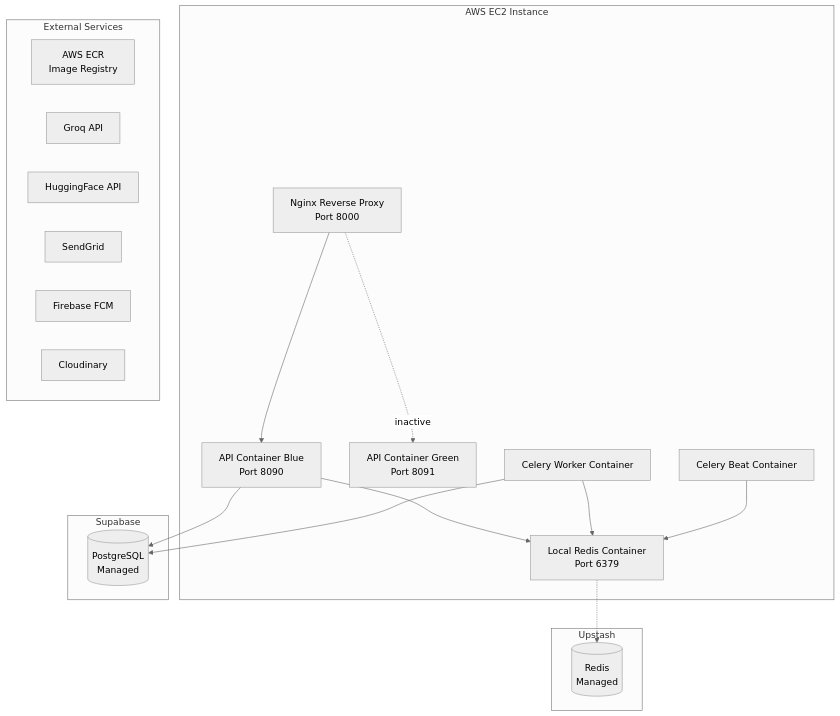
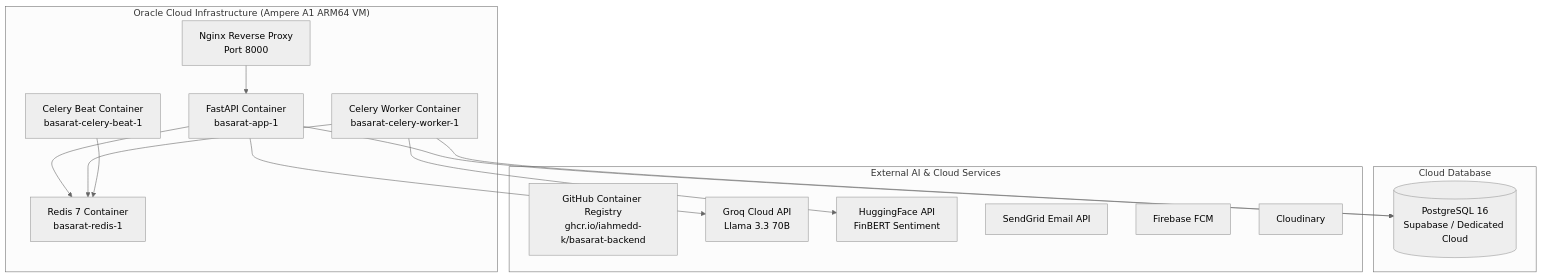
The diagram in docs/07-deployment/infrastructure.md (iahmedd-k/Basarat-fyp-official), drawn with Mermaid (neutral theme) before and after one commit. The commit also changed other lines of this file and 12 other files, not shown here.

Commit message:
docs: align deployment architecture, CI/CD, and infrastructure references to Oracle Cloud Infrastructure (OCI)

````diff
--- a/docs/07-deployment/infrastructure.md
+++ b/docs/07-deployment/infrastructure.md
@@ -5,37 +5,32 @@
 ```mermaid
 flowchart TD
-    subgraph "AWS EC2 Instance"
+    subgraph OCI ["Oracle Cloud Infrastructure (Ampere A1 ARM64 VM)"]
         NGINX[Nginx Reverse Proxy<br/>Port 8000]
-        API_BLUE[API Container Blue<br/>Port 8090]
-        API_GREEN[API Container Green<br/>Port 8091]
-        WORKER[Celery Worker Container]
-        BEAT[Celery Beat Container]
-        LOCAL_REDIS[Local Redis Container<br/>Port 6379]
+        API[FastAPI Container<br/>basarat-app-1]
+        WORKER[Celery Worker Container<br/>basarat-celery-worker-1]
+        BEAT[Celery Beat Container<br/>basarat-celery-beat-1]
+        LOCAL_REDIS[Redis 7 Container<br/>basarat-redis-1]
     end
 
-    subgraph "Supabase"
-        PG[(PostgreSQL<br/>Managed)]
+    subgraph "Cloud Database"
+        PG[(PostgreSQL 16<br/>Supabase / Dedicated Cloud)]
     end
 
-    subgraph "Upstash"
-        CLOUD_REDIS[(Redis<br/>Managed)]
-    end
-
-    subgraph "External Services"
-        ECR[AWS ECR<br/>Image Registry]
-        GROQ[Groq API]
-        HF[HuggingFace API]
-        SG[SendGrid]
+    subgraph "External AI & Cloud Services"
+        GHCR[GitHub Container Registry<br/>ghcr.io/iahmedd-k/basarat-backend]
+        GROQ[Groq Cloud API<br/>Llama 3.3 70B]
+        HF[HuggingFace API<br/>FinBERT Sentiment]
+        SG[SendGrid Email API]
         FCM[Firebase FCM]
         CLOUD[Cloudinary]
     end
 
-    NGINX --> API_BLUE
-    NGINX -.->|inactive| API_GREEN
-    API_BLUE --> PG
-    API_BLUE --> LOCAL_REDIS
+    NGINX --> API
+    API --> PG
+    API --> LOCAL_REDIS
+    API --> GROQ
     WORKER --> PG
     WORKER --> LOCAL_REDIS
+    WORKER --> HF
     BEAT --> LOCAL_REDIS
-    LOCAL_REDIS -.-> CLOUD_REDIS
 ```
````
